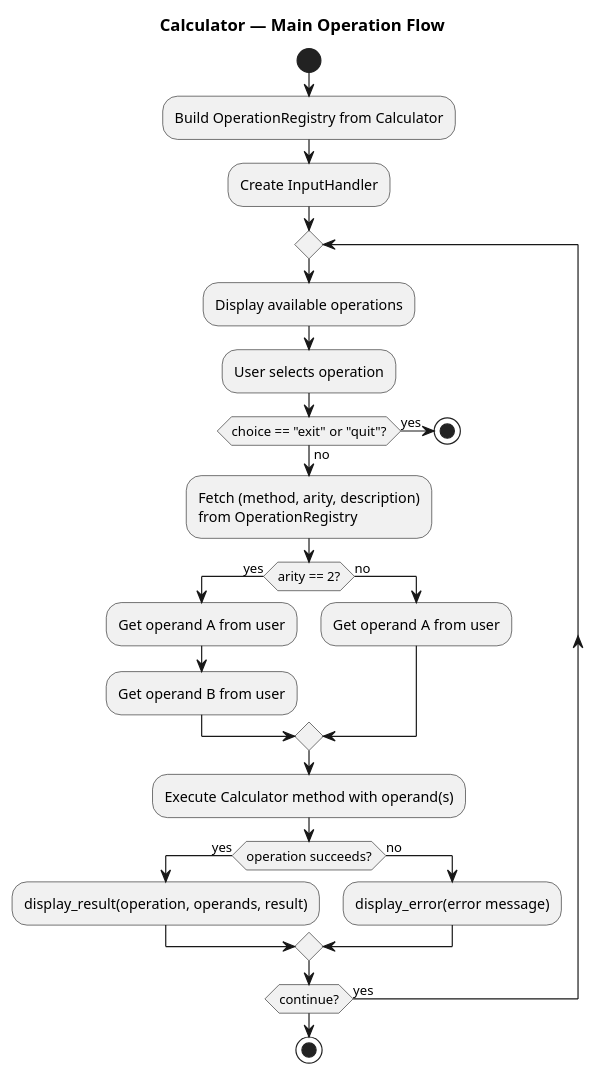
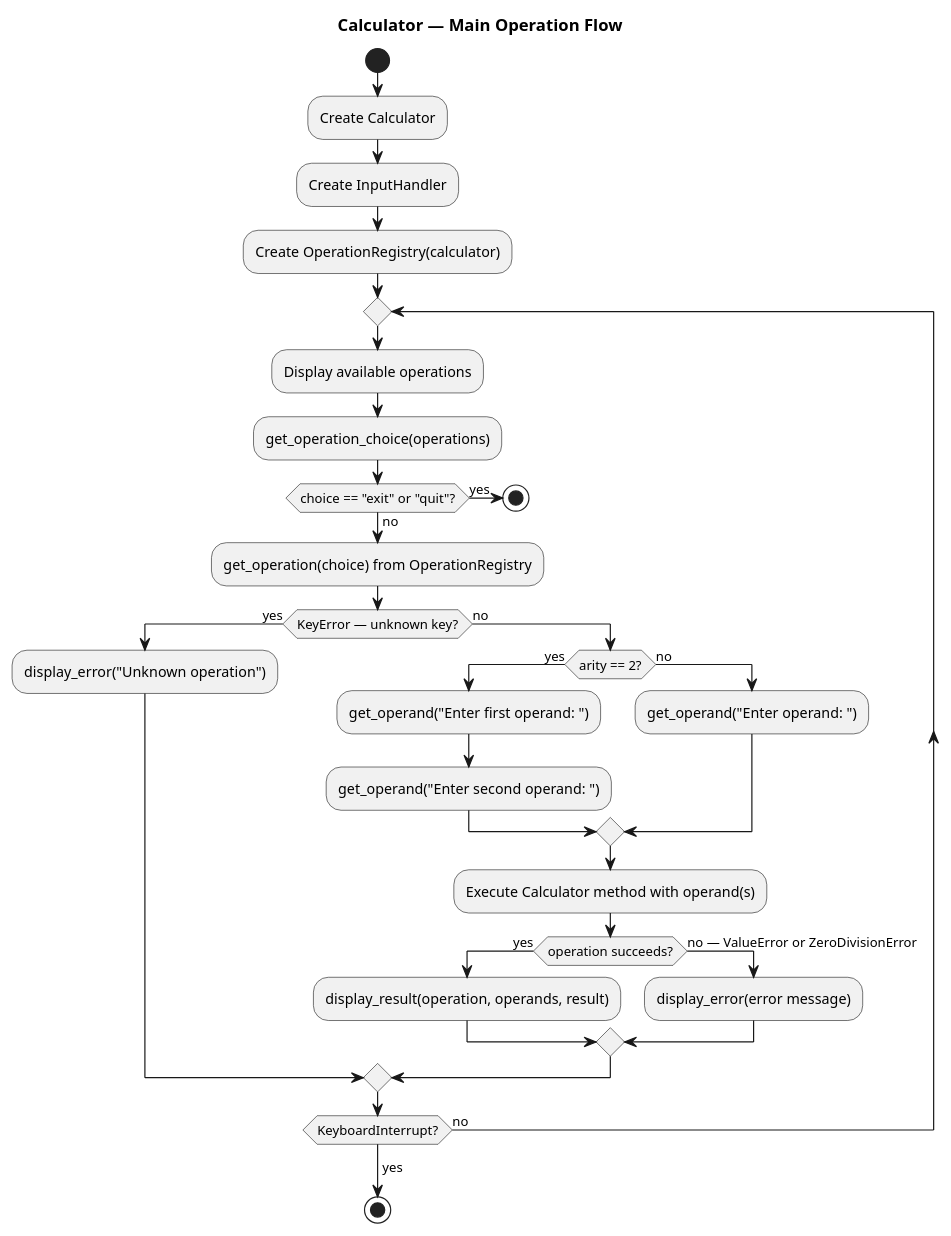
The diagram in artifacts/activity_diagram.puml (DanielRiha8906/Calculator_bachelor_autoevolution_team), drawn with PlantUML before and after one commit. The commit also changed 3 other files, not shown here.

Commit message:
docs: update PlantUML diagrams with full architecture coverage

```diff
--- a/artifacts/activity_diagram.puml
+++ b/artifacts/activity_diagram.puml
@@ -1,30 +1,41 @@
 @startuml activity_diagram
 title Calculator — Main Operation Flow
 
 start
-:Build OperationRegistry from Calculator;
+
+:Create Calculator;
 :Create InputHandler;
+:Create OperationRegistry(calculator);
 
 repeat
   :Display available operations;
-  :User selects operation;
+  :get_operation_choice(operations);
+
   if (choice == "exit" or "quit"?) then (yes)
     stop
   else (no)
-    :Fetch (method, arity, description)\nfrom OperationRegistry;
-    if (arity == 2?) then (yes)
-      :Get operand A from user;
-      :Get operand B from user;
+    :get_operation(choice) from OperationRegistry;
+    if (KeyError — unknown key?) then (yes)
+      :display_error("Unknown operation");
     else (no)
-      :Get operand A from user;
-    endif
-    :Execute Calculator method with operand(s);
-    if (operation succeeds?) then (yes)
-      :display_result(operation, operands, result);
-    else (no)
-      :display_error(error message);
+      if (arity == 2?) then (yes)
+        :get_operand("Enter first operand: ");
+        :get_operand("Enter second operand: ");
+      else (no)
+        :get_operand("Enter operand: ");
+      endif
+
+      :Execute Calculator method with operand(s);
+
+      if (operation succeeds?) then (yes)
+        :display_result(operation, operands, result);
+      else (no — ValueError or ZeroDivisionError)
+        :display_error(error message);
+      endif
     endif
   endif
-repeat while (continue?) is (yes)
+
+repeat while (KeyboardInterrupt?) is (no)
+-> yes;
 stop
 @enduml
```
